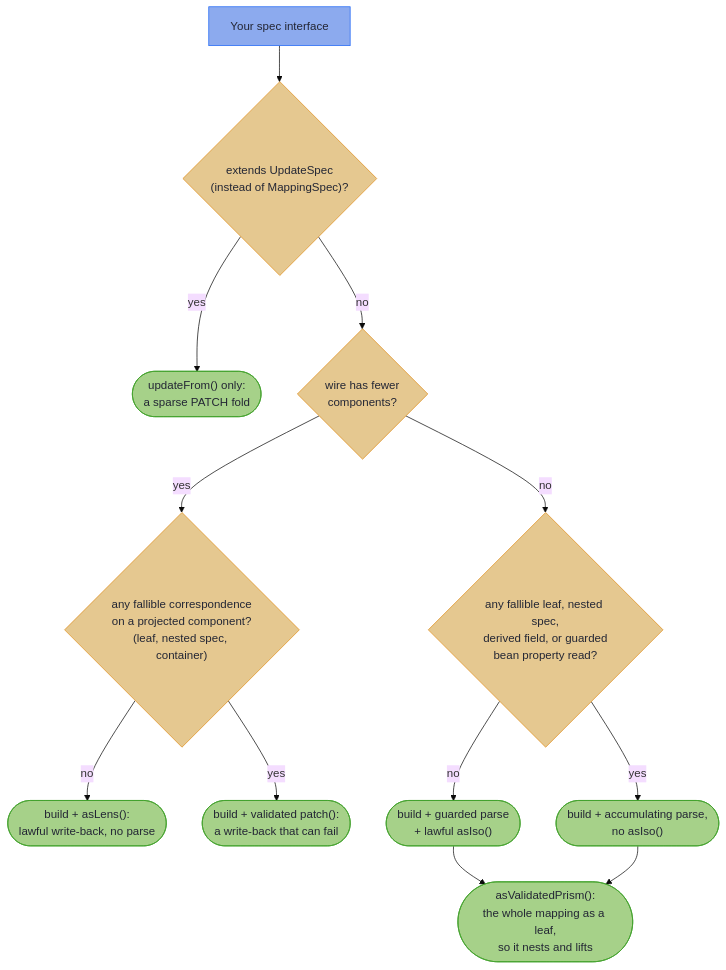
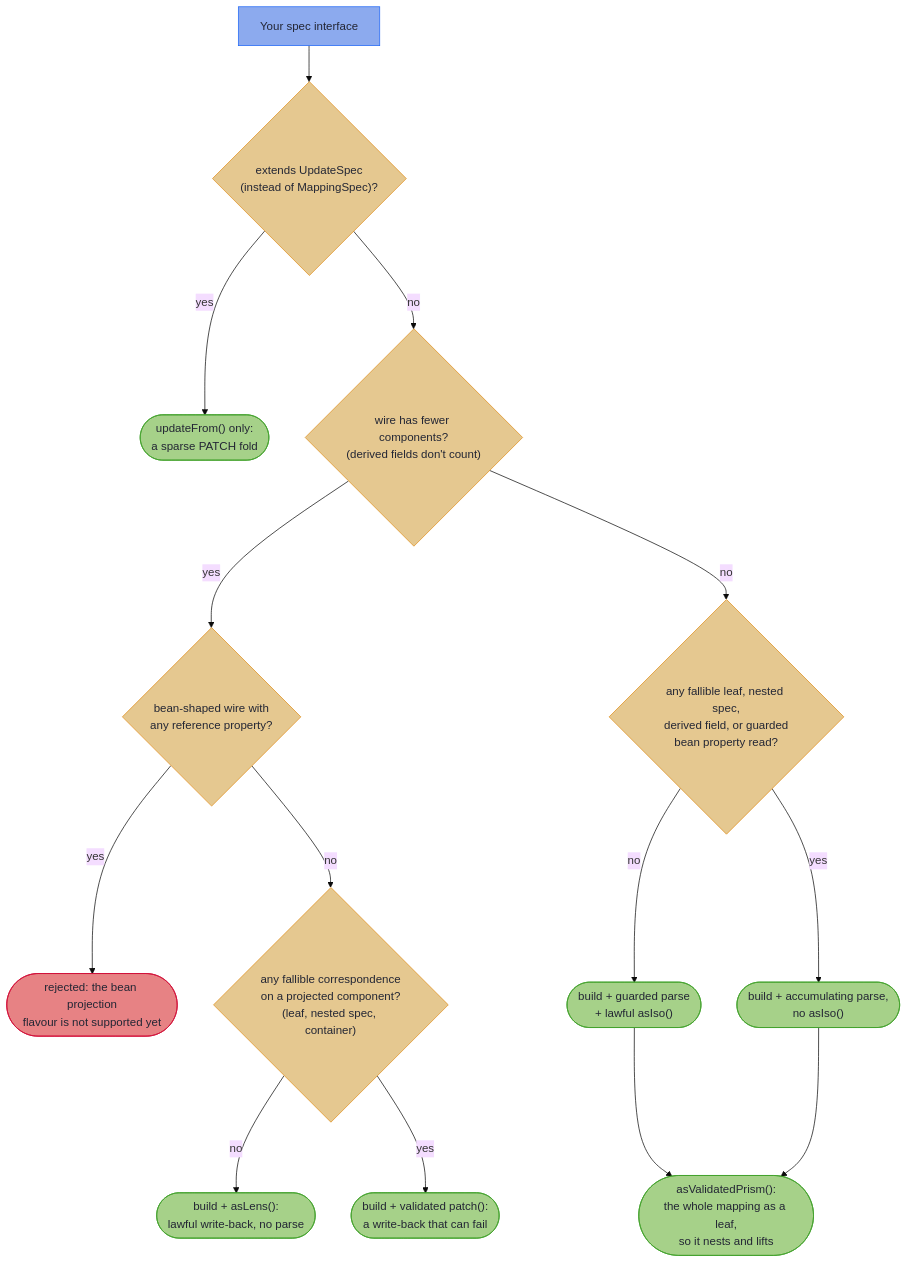
One commit to higher-kinded-j/higher-kinded-j changed the diagram in hkj-book/src/mapping/tiers.md. Above: the diagram before and after it, drawn with Mermaid (base theme). The commit also changed other lines of this file, not shown here.

Commit message:
hkj-book: make the tier flow's projection branch match the processor
Verified against MappingProcessor.processSpec: the projection test is
wireShape.componentCount() minus derived fields against the domain
count, and a bean-shaped projection with any reference property is
deferred (#702) before classification, so only record wires (and
all-primitive beans, on the lens branch) reach the lens/patch legs.
The flow gains that rejection leg, the wire-tally node notes that
derived fields do not count, and the note under the diagram links #702
and the projection-with-derived rejection. The reference table was
already scoped to record wires and is unchanged.

````diff
--- a/hkj-book/src/mapping/tiers.md
+++ b/hkj-book/src/mapping/tiers.md
@@ -20,21 +20,25 @@
 ```mermaid
 flowchart TD
     S["Your spec interface"] --> U{"extends UpdateSpec<br/>(instead of MappingSpec)?"}
     U -->|yes| UT(["updateFrom() only:<br/>a sparse PATCH fold"])
-    U -->|no| W{"wire has fewer<br/>components?"}
-    W -->|yes| F{"any fallible correspondence<br/>on a projected component?<br/>(leaf, nested spec, container)"}
+    U -->|no| W{"wire has fewer components?<br/>(derived fields don't count)"}
+    W -->|yes| B{"bean-shaped wire with<br/>any reference property?"}
+    B -->|yes| BX(["rejected: the bean projection<br/>flavour is not supported yet"])
+    B -->|no| F{"any fallible correspondence<br/>on a projected component?<br/>(leaf, nested spec, container)"}
     F -->|no| LT(["build + asLens():<br/>lawful write-back, no parse"])
     F -->|yes| PT(["build + validated patch():<br/>a write-back that can fail"])
     W -->|no| D{"any fallible leaf, nested spec,<br/>derived field, or guarded<br/>bean property read?"}
     D -->|no| IT(["build + guarded parse<br/>+ lawful asIso()"])
     D -->|yes| VT(["build + accumulating parse,<br/>no asIso()"])
     IT --> VP(["asValidatedPrism():<br/>the whole mapping as a leaf,<br/>so it nests and lifts"])
     VT --> VP
 
     classDef wire fill:#8caaee,stroke:#1e66f5,color:#232634
     classDef tier fill:#a6d189,stroke:#40a02b,color:#232634
     classDef decision fill:#e5c890,stroke:#df8e1d,color:#232634
+    classDef error fill:#e78284,stroke:#d20f39,color:#232634
     class S wire
     class UT,LT,PT,IT,VT,VP tier
-    class U,W,F,D decision
+    class U,W,B,F,D decision
+    class BX error
 ```
````
